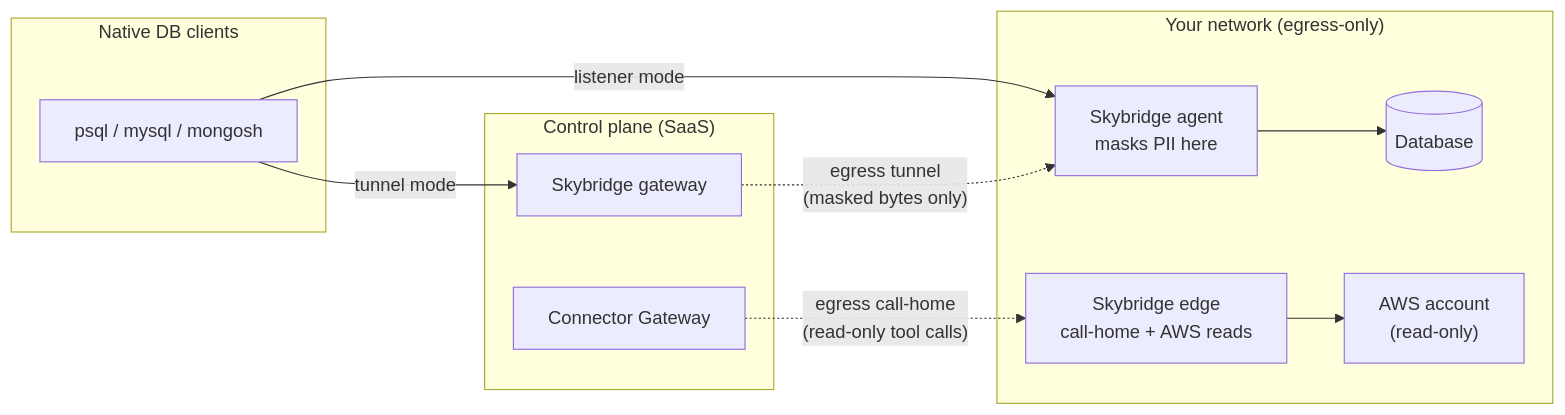
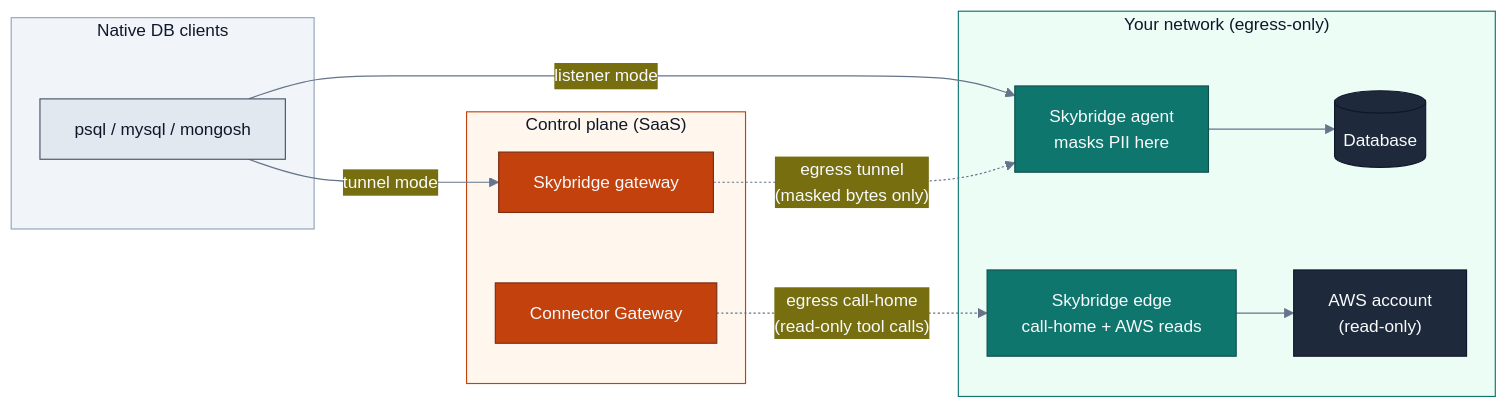
Before and after one commit to curlix-io/skybridge: the second of 3 diagrams in README.md, drawn with Mermaid. The commit also changed other lines of this file and 44 other files, not shown here.

````diff
--- a/README.md
+++ b/README.md
@@ -78,25 +86,38 @@
 ```mermaid
+%%{init: {"theme": "base", "themeVariables": {"primaryColor": "#0f766e", "primaryTextColor": "#f8fafc", "primaryBorderColor": "#134e4a", "lineColor": "#64748b", "fontSize": "15px"}}}%%
 flowchart LR
     subgraph clients["Native DB clients"]
         c1["psql / mysql / mongosh"]
     end
 
     subgraph net["Your network (egress-only)"]
         agent["Skybridge agent<br/>masks PII here"]
         edge["Skybridge edge<br/>call-home + AWS reads"]
         db[(Database)]
         aws["AWS account<br/>(read-only)"]
         agent --> db
         edge --> aws
     end
 
     subgraph saas["Control plane (SaaS)"]
         gw["Skybridge gateway"]
         cg["Connector Gateway"]
     end
 
     c1 -->|"listener mode"| agent
     c1 -->|"tunnel mode"| gw
     gw -. "egress tunnel<br/>(masked bytes only)" .-> agent
     cg -. "egress call-home<br/>(read-only tool calls)" .-> edge
+
+    classDef client fill:#e2e8f0,stroke:#475569,color:#0f172a
+    classDef bridge fill:#0f766e,stroke:#134e4a,color:#f8fafc
+    classDef store fill:#1e293b,stroke:#0f172a,color:#f8fafc
+    classDef saasNode fill:#c2410c,stroke:#7c2d12,color:#f8fafc
+    class c1 client
+    class agent,edge bridge
+    class db,aws store
+    class gw,cg saasNode
+    style clients fill:#f1f5f9,stroke:#94a3b8,color:#0f172a
+    style net fill:#ecfdf5,stroke:#0f766e,color:#0f172a
+    style saas fill:#fff7ed,stroke:#c2410c,color:#0f172a
 ```
````
